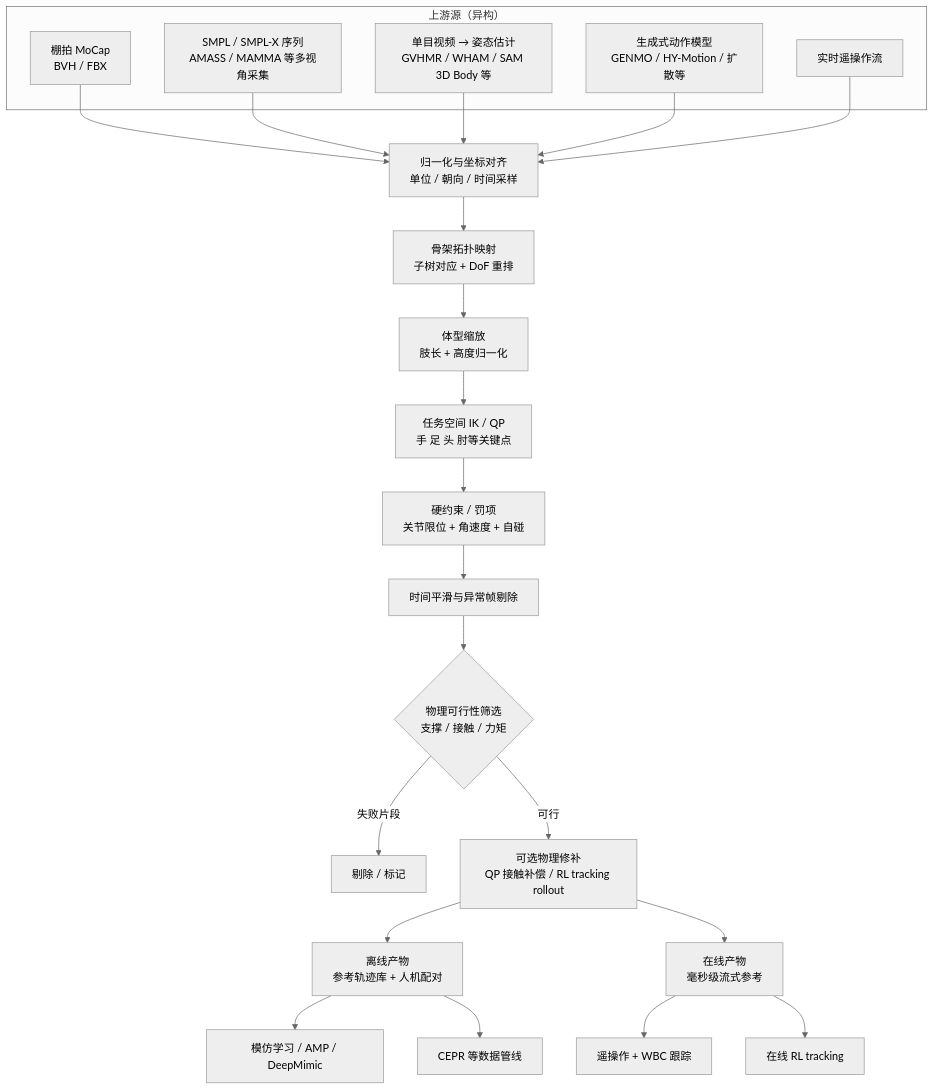
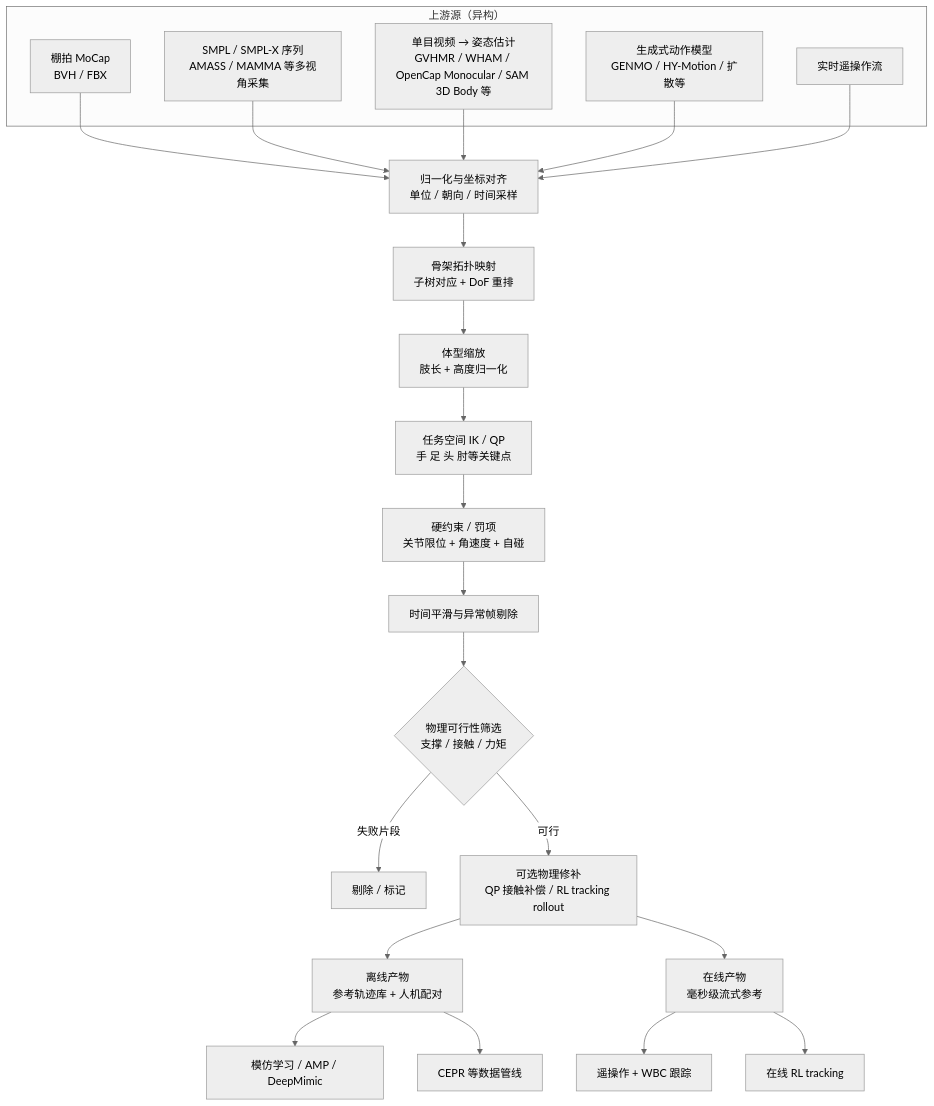
The diagram in wiki/concepts/motion-retargeting-pipeline.md (ImChong/Robotics_Notebooks), drawn with Mermaid (neutral theme) before and after one commit. The commit also changed other lines of this file and 16 other files, not shown here.

Commit message:
[2026-06-30] ingest | sources/papers/opencap_monocular_arxiv_2603_24733.md — OpenCap Monocular 单手机生物力学运动学/动力学入库

````diff
--- a/wiki/concepts/motion-retargeting-pipeline.md
+++ b/wiki/concepts/motion-retargeting-pipeline.md
@@ -66,34 +67,34 @@
 ```mermaid
 flowchart TD
   subgraph src["上游源（异构）"]
     A1[棚拍 MoCap<br/>BVH / FBX]
     A2[SMPL / SMPL-X 序列<br/>AMASS / MAMMA 等多视角采集]
-    A3[单目视频 → 姿态估计<br/>GVHMR / WHAM / SAM 3D Body 等]
+    A3[单目视频 → 姿态估计<br/>GVHMR / WHAM / OpenCap Monocular / SAM 3D Body 等]
     A4[生成式动作模型<br/>GENMO / HY-Motion / 扩散等]
     A5[实时遥操作流]
   end
 
   A1 --> N[归一化与坐标对齐<br/>单位 / 朝向 / 时间采样]
   A2 --> N
   A3 --> N
   A4 --> N
   A5 --> N
 
   N --> T[骨架拓扑映射<br/>子树对应 + DoF 重排]
   T --> S[体型缩放<br/>肢长 + 高度归一化]
   S --> IK[任务空间 IK / QP<br/>手 足 头 肘等关键点]
   IK --> C[硬约束 / 罚项<br/>关节限位 + 角速度 + 自碰]
   C --> Smooth[时间平滑与异常帧剔除]
 
   Smooth --> Phys{物理可行性筛选<br/>支撑 / 接触 / 力矩}
   Phys -->|失败片段| Drop[剔除 / 标记]
   Phys -->|可行| Refine[可选物理修补<br/>QP 接触补偿 / RL tracking rollout]
 
   Refine --> Out1[离线产物<br/>参考轨迹库 + 人机配对]
   Refine --> Out2[在线产物<br/>毫秒级流式参考]
 
   Out1 --> D1[模仿学习 / AMP / DeepMimic]
   Out1 --> D2[CEPR 等数据管线]
   Out2 --> D3[遥操作 + WBC 跟踪]
   Out2 --> D4[在线 RL tracking]
 ```
````
